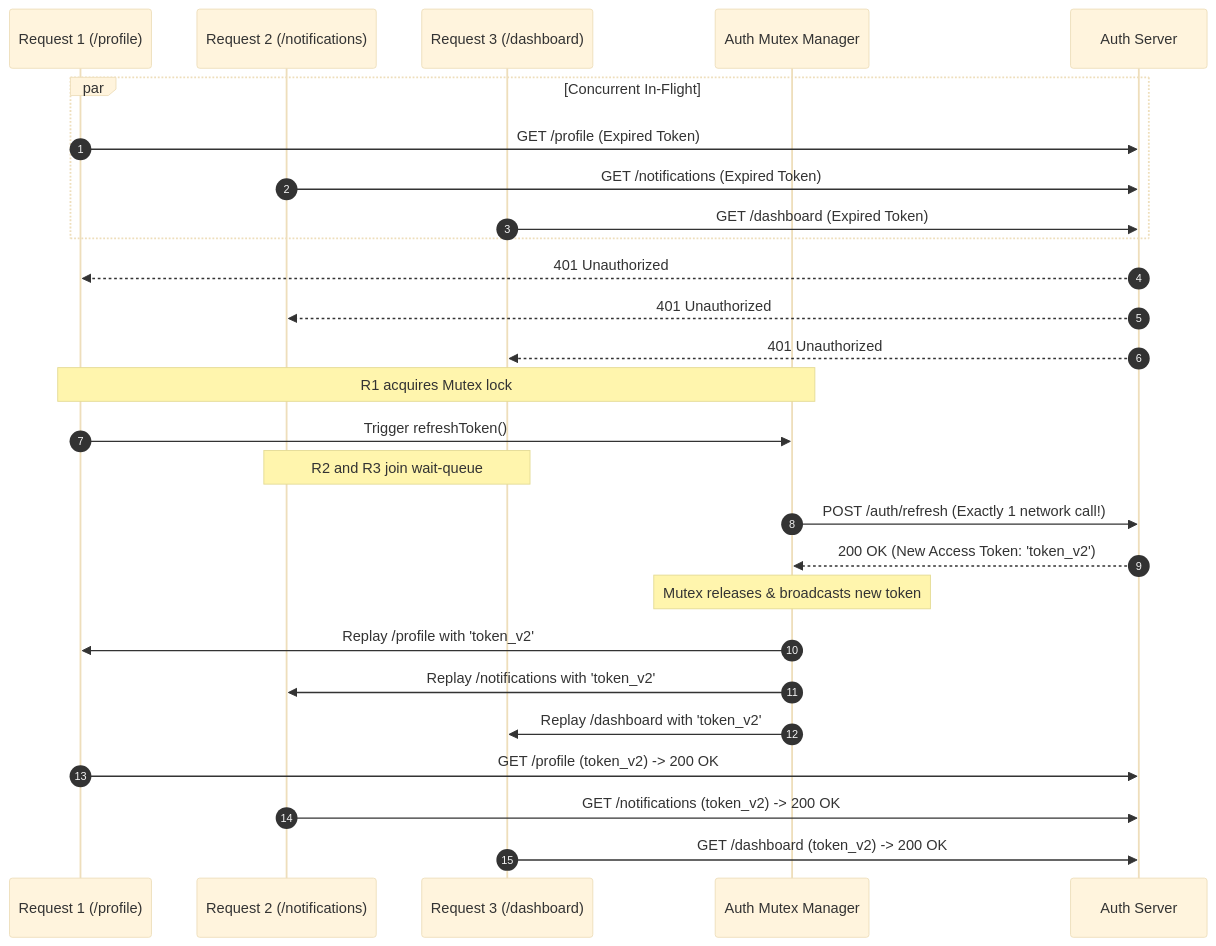
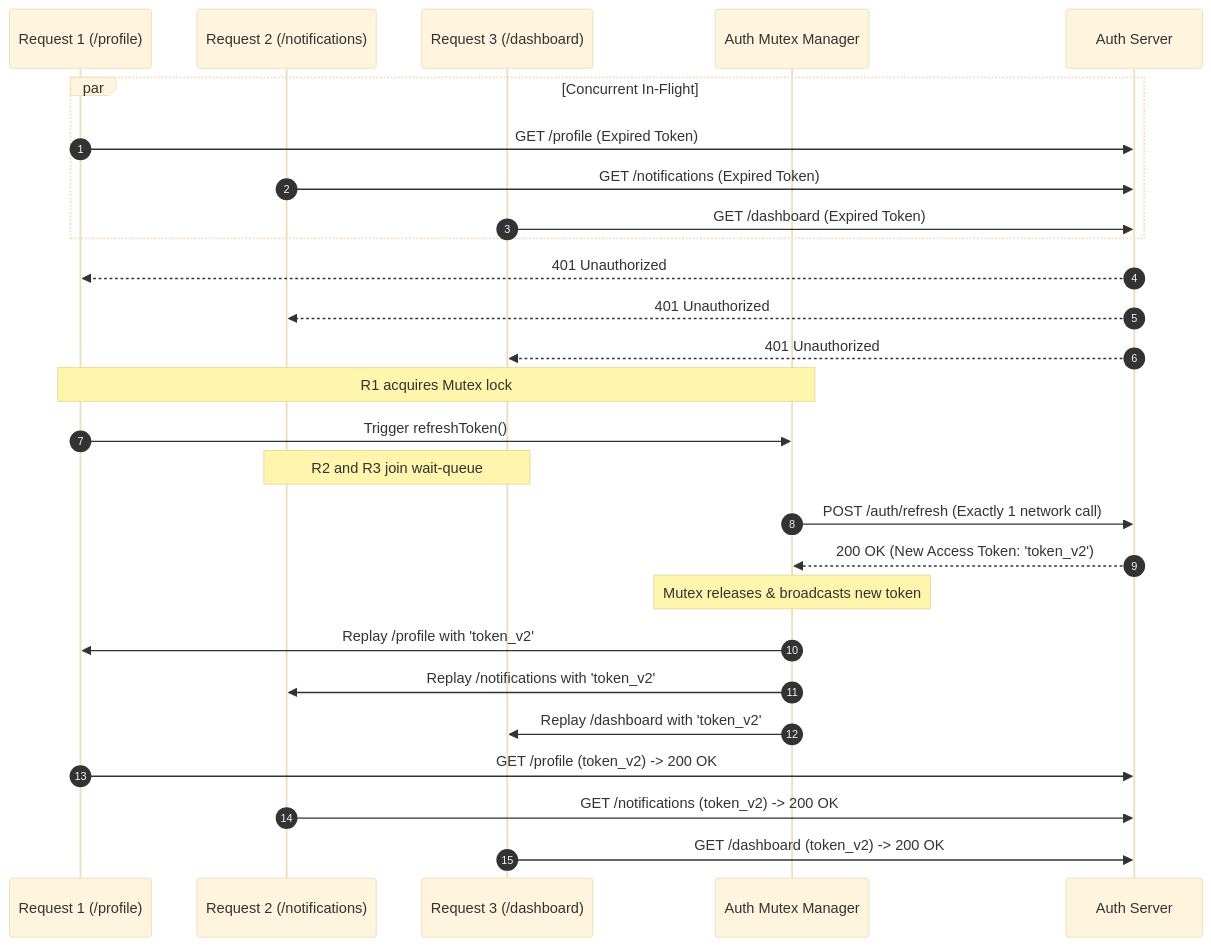
Before and after one commit to arunkumarArjun/react-native-fetch-client: the diagram in docs/auth-and-security.md, drawn with Mermaid (base theme). The commit also changed other lines of this file and 12 other files, not shown here.

````diff
--- a/docs/auth-and-security.md
+++ b/docs/auth-and-security.md
@@ -49,35 +47,35 @@
 ```mermaid
 sequenceDiagram
     autonumber
     participant R1 as Request 1 (/profile)
     participant R2 as Request 2 (/notifications)
     participant R3 as Request 3 (/dashboard)
     participant Mutex as Auth Mutex Manager
     participant Server as Auth Server
 
     par Concurrent In-Flight
         R1->>Server: GET /profile (Expired Token)
         R2->>Server: GET /notifications (Expired Token)
         R3->>Server: GET /dashboard (Expired Token)
     end
 
     Server-->>R1: 401 Unauthorized
     Server-->>R2: 401 Unauthorized
     Server-->>R3: 401 Unauthorized
 
     Note over R1,Mutex: R1 acquires Mutex lock
     R1->>Mutex: Trigger refreshToken()
     Note over R2,R3: R2 and R3 join wait-queue
 
-    Mutex->>Server: POST /auth/refresh (Exactly 1 network call!)
+    Mutex->>Server: POST /auth/refresh (Exactly 1 network call)
     Server-->>Mutex: 200 OK (New Access Token: 'token_v2')
 
     Note over Mutex: Mutex releases & broadcasts new token
     Mutex->>R1: Replay /profile with 'token_v2'
     Mutex->>R2: Replay /notifications with 'token_v2'
     Mutex->>R3: Replay /dashboard with 'token_v2'
 
     R1->>Server: GET /profile (token_v2) -> 200 OK
     R2->>Server: GET /notifications (token_v2) -> 200 OK
     R3->>Server: GET /dashboard (token_v2) -> 200 OK
 ```
````
